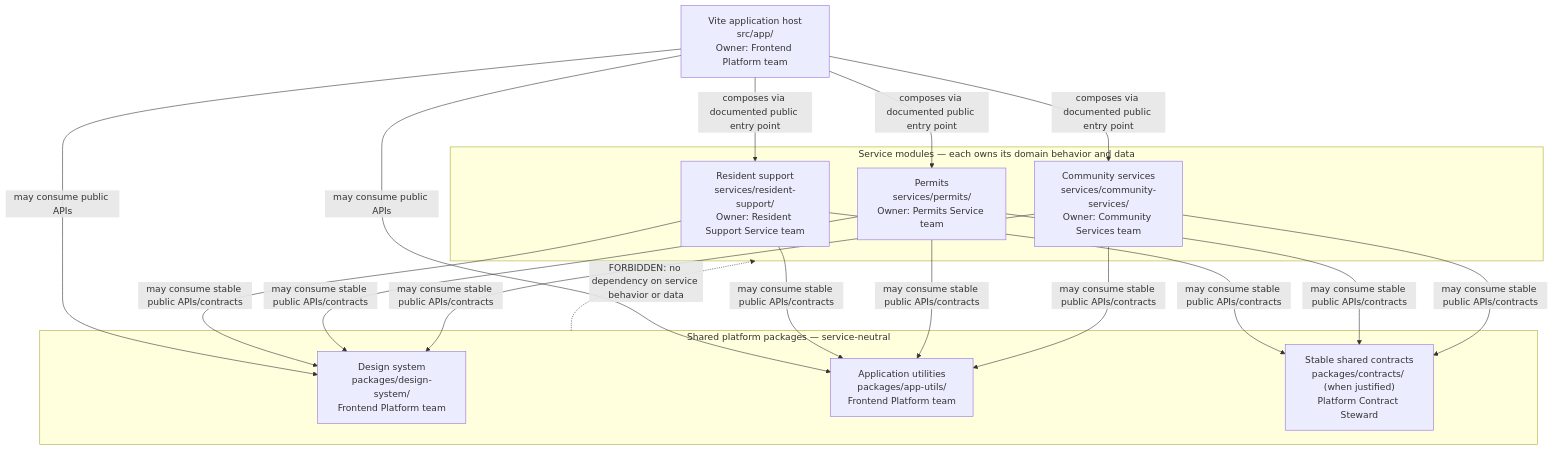
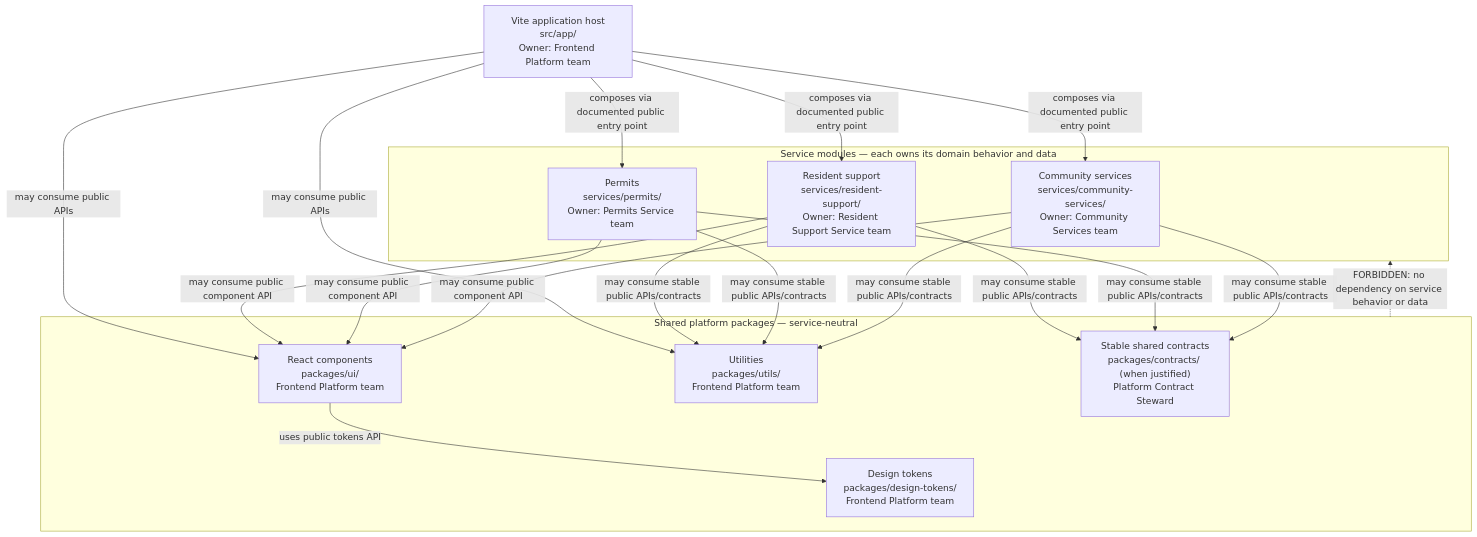
Before and after one commit to okonpatrick/CivicNest: the diagram in docs/workspace-design.md, drawn with Mermaid. The commit also changed other lines of this file and 16 other files, not shown here.

````diff
--- a/docs/workspace-design.md
+++ b/docs/workspace-design.md
@@ -49,32 +50,34 @@
 ```mermaid
 flowchart TB
     host["Vite application host<br/>src/app/<br/>Owner: Frontend Platform team"]
 
     subgraph serviceModules["Service modules — each owns its domain behavior and data"]
         resident["Resident support<br/>services/resident-support/<br/>Owner: Resident Support Service team"]
         permits["Permits<br/>services/permits/<br/>Owner: Permits Service team"]
         community["Community services<br/>services/community-services/<br/>Owner: Community Services team"]
     end
 
     subgraph sharedPackages["Shared platform packages — service-neutral"]
-        design["Design system<br/>packages/design-system/<br/>Frontend Platform team"]
-        utilities["Application utilities<br/>packages/app-utils/<br/>Frontend Platform team"]
+        tokens["Design tokens<br/>packages/design-tokens/<br/>Frontend Platform team"]
+        ui["React components<br/>packages/ui/<br/>Frontend Platform team"]
+        utilities["Utilities<br/>packages/utils/<br/>Frontend Platform team"]
         contracts["Stable shared contracts<br/>packages/contracts/ (when justified)<br/>Platform Contract Steward"]
     end
 
     host -->|"composes via documented public entry point"| resident
     host -->|"composes via documented public entry point"| permits
     host -->|"composes via documented public entry point"| community
-    host -->|"may consume public APIs"| design
+    host -->|"may consume public APIs"| ui
     host -->|"may consume public APIs"| utilities
-    resident -->|"may consume stable public APIs/contracts"| design
+    ui -->|"uses public tokens API"| tokens
+    resident -->|"may consume public component API"| ui
     resident -->|"may consume stable public APIs/contracts"| utilities
     resident -->|"may consume stable public APIs/contracts"| contracts
-    permits -->|"may consume stable public APIs/contracts"| design
+    permits -->|"may consume public component API"| ui
     permits -->|"may consume stable public APIs/contracts"| utilities
     permits -->|"may consume stable public APIs/contracts"| contracts
-    community -->|"may consume stable public APIs/contracts"| design
+    community -->|"may consume public component API"| ui
     community -->|"may consume stable public APIs/contracts"| utilities
     community -->|"may consume stable public APIs/contracts"| contracts
     sharedPackages -.->|"FORBIDDEN: no dependency on service behavior or data"| serviceModules
 ```
````
